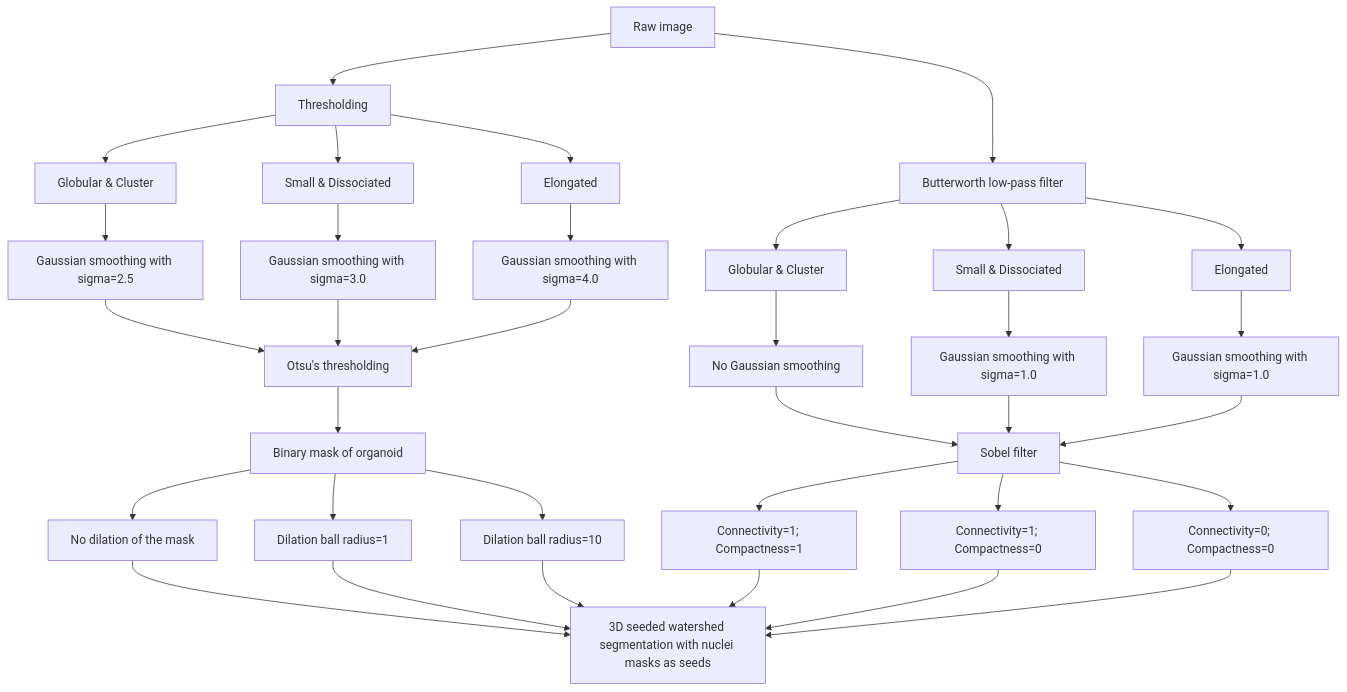
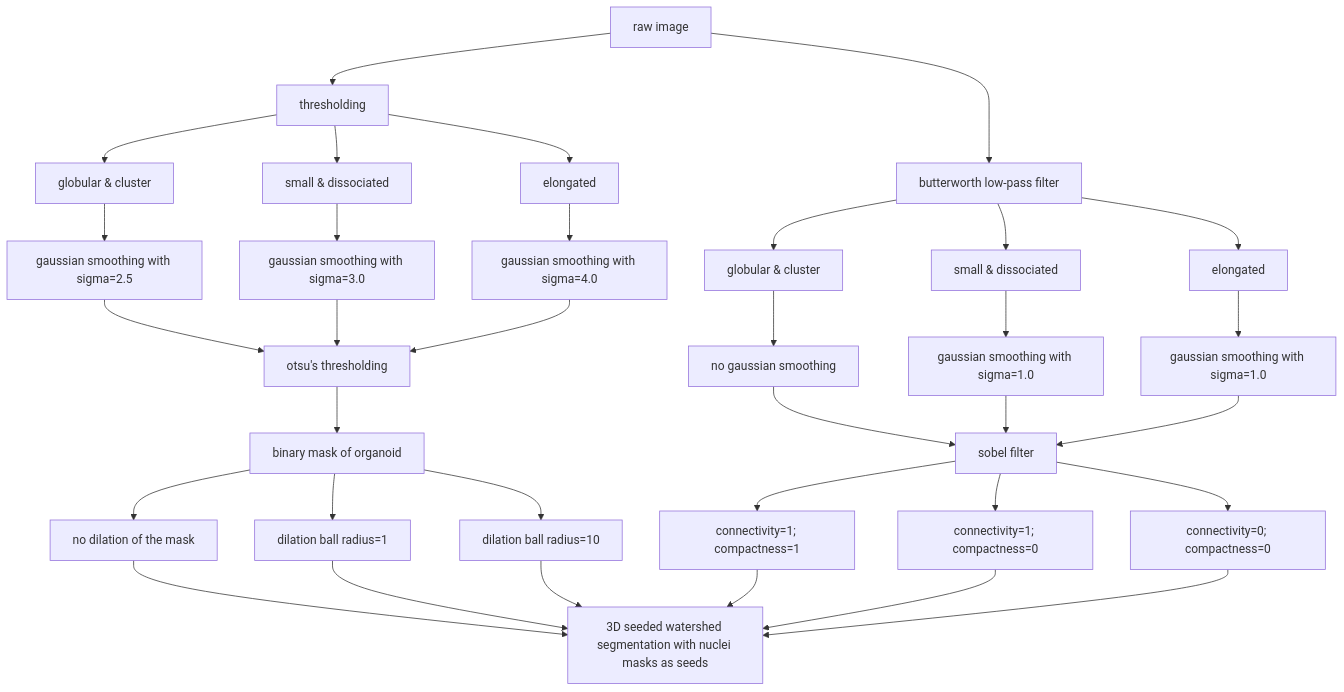
One commit to WayScience/NF1_3D_organoid_profiling_pipeline changed the first of 2 diagrams in 2.segment_images/README.md. Above: the diagram before and after it, drawn with Mermaid. The commit also changed other lines of this file and 67 other files, not shown here.

````diff
--- a/2.segment_images/README.md
+++ b/2.segment_images/README.md
@@ -74,48 +78,48 @@
 ```mermaid
-graph TD
-A[Raw image] --> B[Thresholding]
-A --> C[Butterworth low-pass filter]
+flowchart TD
+A[raw image] --> B[thresholding]
+A --> C[butterworth low-pass filter]
 
 
-B --> D1[Globular & Cluster]
-B --> D2[Small & Dissociated]
-B --> D3[Elongated]
+B --> D1[globular & cluster]
+B --> D2[small & dissociated]
+B --> D3[elongated]
 
-D1 --> E1[Gaussian smoothing with sigma=2.5]
-D2 --> E2[Gaussian smoothing with sigma=3.0]
-D3 --> E3[Gaussian smoothing with sigma=4.0]
+D1 --> E1[gaussian smoothing with sigma=2.5]
+D2 --> E2[gaussian smoothing with sigma=3.0]
+D3 --> E3[gaussian smoothing with sigma=4.0]
 
-E1 --> F1[Otsu's thresholding]
+E1 --> F1[otsu's thresholding]
 E2 --> F1
 E3 --> F1
 
-F1 --> I1[Binary mask of organoid]
-I1 --> J1[No dilation of the mask]
-I1 --> J2[Dilation ball radius=1]
-I1 --> J3[Dilation ball radius=10]
+F1 --> I1[binary mask of organoid]
+I1 --> J1[no dilation of the mask]
+I1 --> J2[dilation ball radius=1]
+I1 --> J3[dilation ball radius=10]
 J1 --> H1[3D seeded watershed segmentation with nuclei masks as seeds]
 J2 --> H1
 J3 --> H1
 
 
 
-C --> Z1[Globular & Cluster]
-C --> Z2[Small & Dissociated]
-C --> Z3[Elongated]
-Z1 --> Y1[No Gaussian smoothing]
-Z2 --> Y2[Gaussian smoothing with sigma=1.0]
-Z3 --> Y3[Gaussian smoothing with sigma=1.0]
+C --> Z1[globular & cluster]
+C --> Z2[small & dissociated]
+C --> Z3[elongated]
+Z1 --> Y1[no gaussian smoothing]
+Z2 --> Y2[gaussian smoothing with sigma=1.0]
+Z3 --> Y3[gaussian smoothing with sigma=1.0]
 
-Y1 --> X1[Sobel filter]
+Y1 --> X1[sobel filter]
 Y2 --> X1
 Y3 --> X1
 
-X1 --> W1[Connectivity=1; Compactness=1]
-X1 --> W2[Connectivity=1; Compactness=0]
-X1 --> W3[Connectivity=0; Compactness=0]
+X1 --> W1[connectivity=1; compactness=1]
+X1 --> W2[connectivity=1; compactness=0]
+X1 --> W3[connectivity=0; compactness=0]
 
 W1 --> H1
 W2 --> H1
 W3 --> H1
 
 ```
````
